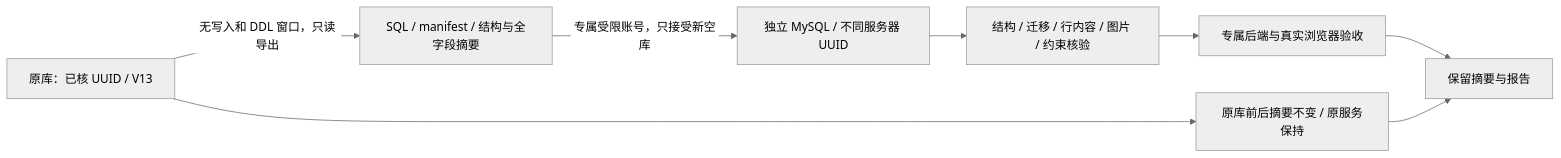
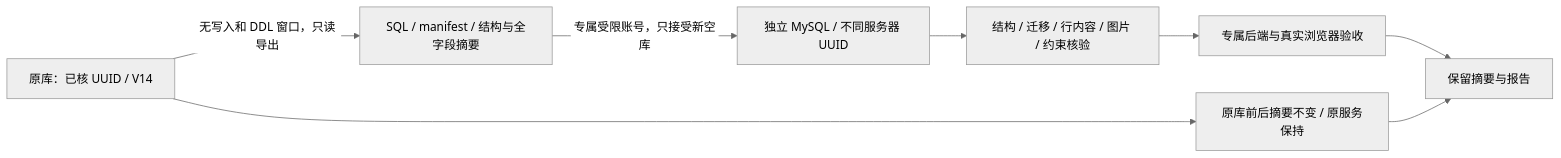
One commit to GTASDAW/MYCODE changed the second of 2 diagrams in docs/architecture.md. Above: the diagram before and after it, drawn with Mermaid (neutral theme). The commit also changed other lines of this file and 83 other files, not shown here.

Commit message:
feat: 支持活动地图选点导航与 V14 数据保护

````diff
--- a/docs/architecture.md
+++ b/docs/architecture.md
@@ -257,10 +263,10 @@
 ```mermaid
 flowchart LR
-    S[原库：已核 UUID / V13] -->|无写入和 DDL 窗口，只读导出| P[SQL / manifest / 结构与全字段摘要]
+    S[原库：已核 UUID / V14] -->|无写入和 DDL 窗口，只读导出| P[SQL / manifest / 结构与全字段摘要]
     P -->|专属受限账号，只接受新空库| T[独立 MySQL / 不同服务器 UUID]
     T --> V[结构 / 迁移 / 行内容 / 图片 / 约束核验]
     V --> A[专属后端与真实浏览器验收]
     S --> C[原库前后摘要不变 / 原服务保持]
     A --> R[保留摘要与报告]
     C --> R
 ```
````
